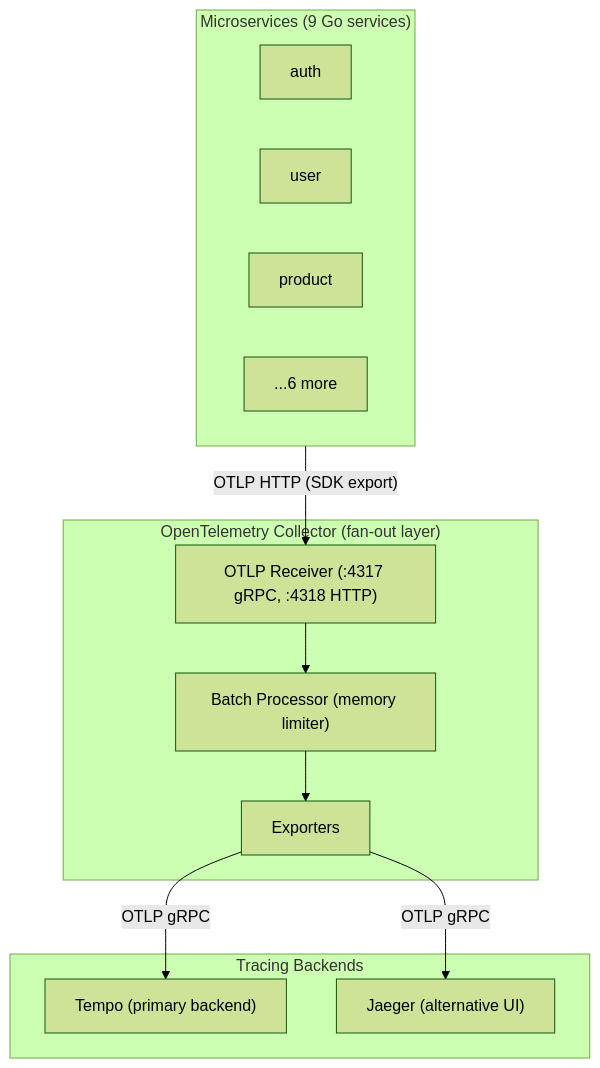
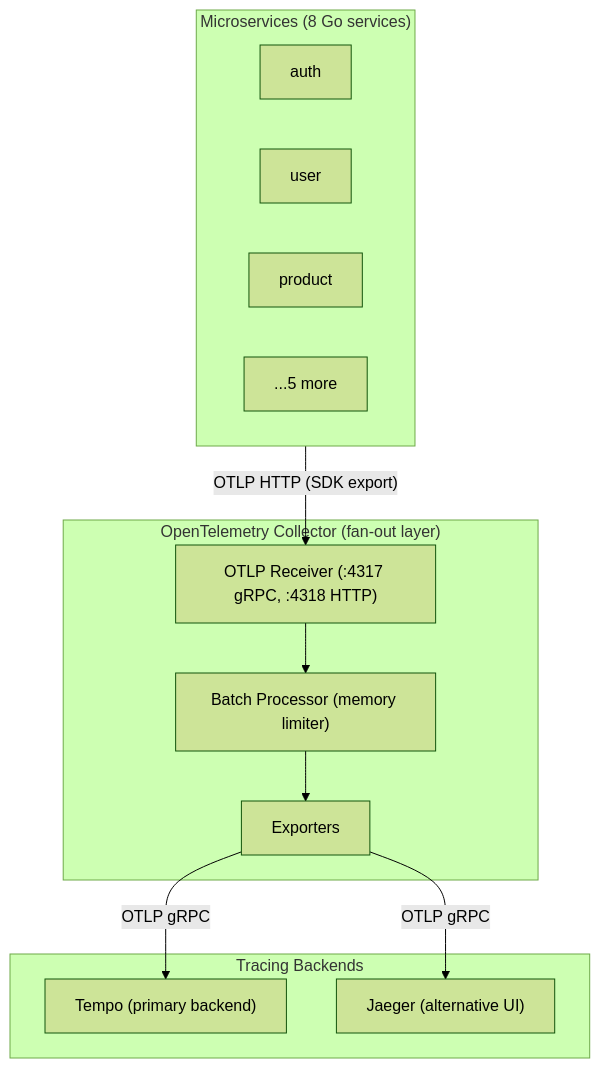
Before and after one commit to duynhlab/homelab: the diagram in docs/observability/tracing/architecture.md, drawn with Mermaid (forest theme). The commit also changed other lines of this file and 11 other files, not shown here.

````diff
--- a/docs/observability/tracing/architecture.md
+++ b/docs/observability/tracing/architecture.md
@@ -11,26 +11,26 @@
 ```mermaid
 flowchart TB
-    subgraph Apps["Microservices (9 Go services)"]
+    subgraph Apps["Microservices (8 Go services)"]
         Auth[auth]
         User[user]
         Product[product]
-        Others[...6 more]
+        Others[...5 more]
     end
     
     subgraph OTelCollector["OpenTelemetry Collector (fan-out layer)"]
         Receiver["OTLP Receiver (:4317 gRPC, :4318 HTTP)"]
         Processor["Batch Processor (memory limiter)"]
         Exporter[Exporters]
     end
     
     subgraph Backends["Tracing Backends"]
         Tempo["Tempo (primary backend)"]
         Jaeger["Jaeger (alternative UI)"]
     end
     
     Apps -->|"OTLP HTTP (SDK export)"| Receiver
     Receiver --> Processor
     Processor --> Exporter
     Exporter -->|OTLP gRPC| Tempo
     Exporter -->|OTLP gRPC| Jaeger
 ```
````
